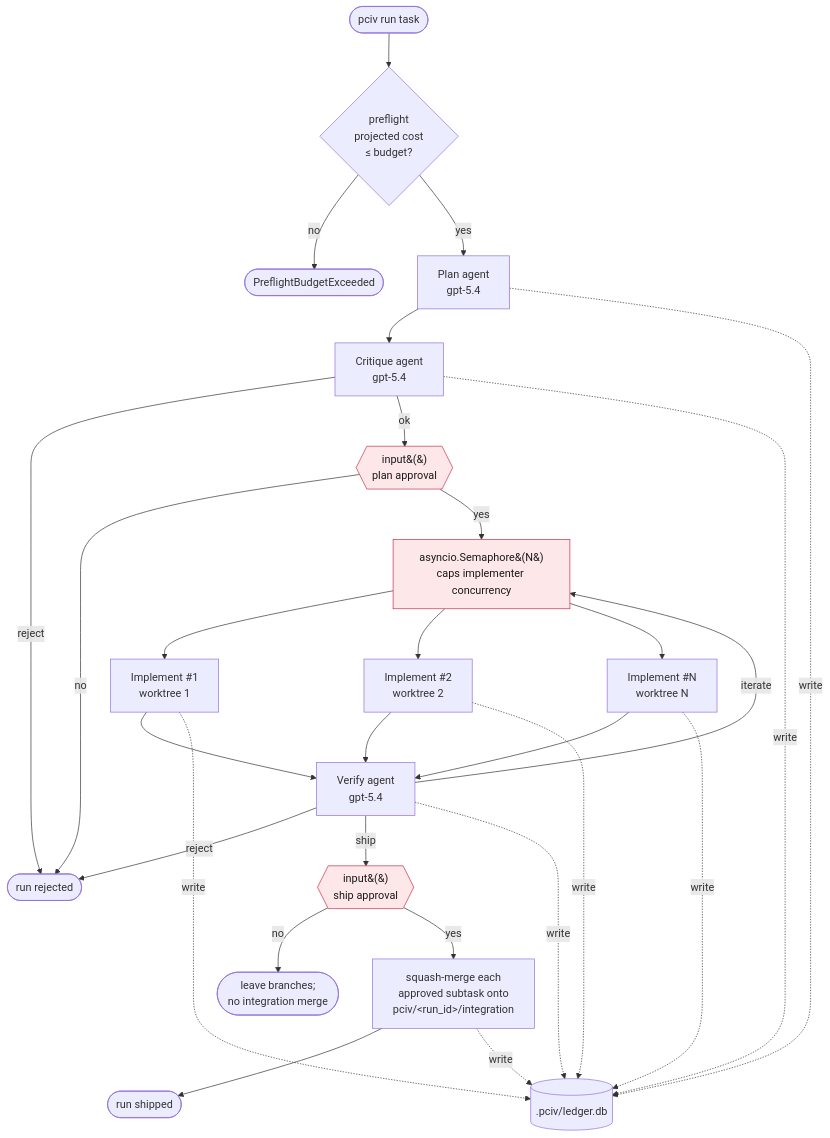
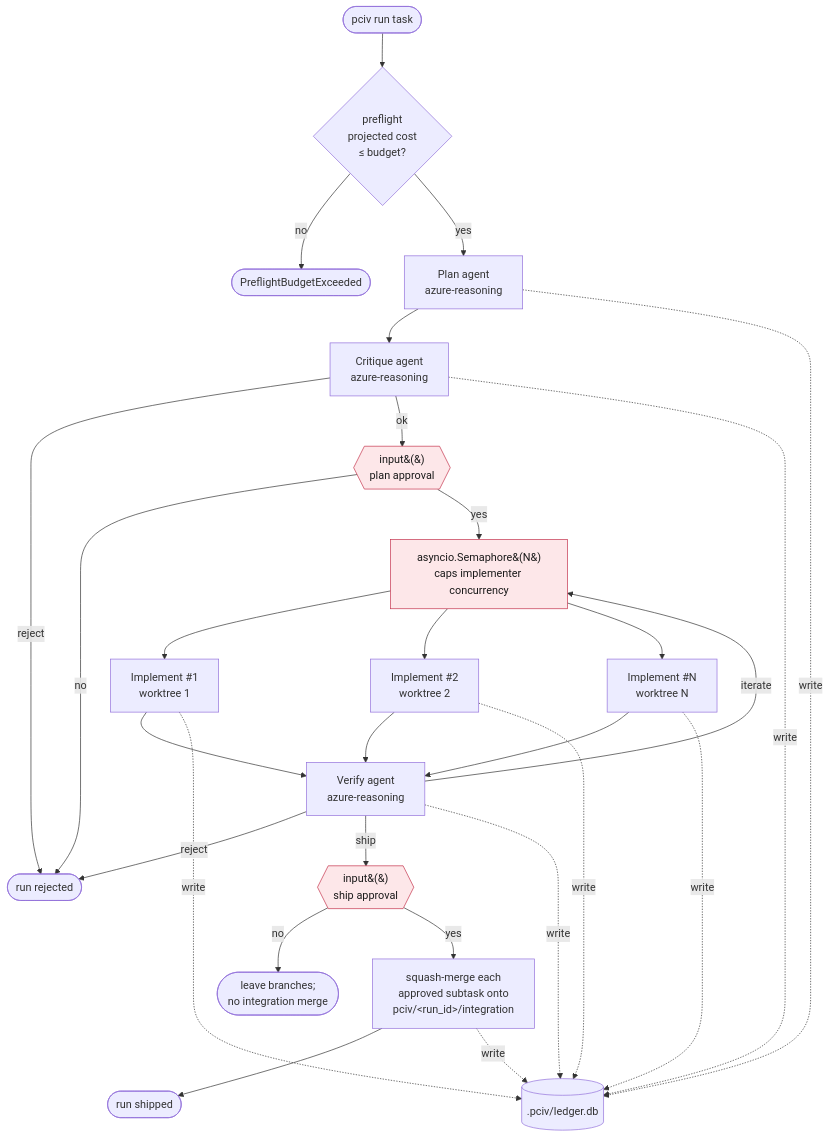
The first of 3 diagrams in docs/agent-framework-composition.md (patschmitt91/PCIV), drawn with Mermaid before and after one commit. The commit also changed 18 other files, not shown here.

````diff
--- a/docs/agent-framework-composition.md
+++ b/docs/agent-framework-composition.md
@@ -14,35 +14,35 @@
 ```mermaid
 flowchart TD
     Start([pciv run task]) --> Preflight{preflight<br/>projected cost<br/>&le; budget?}
     Preflight -- no --> Abort([PreflightBudgetExceeded])
-    Preflight -- yes --> Plan[Plan agent<br/>gpt-5.4]
-    Plan --> Critique[Critique agent<br/>gpt-5.4]
+    Preflight -- yes --> Plan[Plan agent<br/>azure-reasoning]
+    Plan --> Critique[Critique agent<br/>azure-reasoning]
     Critique -- reject --> Fail([run rejected])
     Critique -- ok --> HITL1{{input&#40;&#41;<br/>plan approval}}
     HITL1 -- no --> Fail
     HITL1 -- yes --> Sem[asyncio.Semaphore&#40;N&#41;<br/>caps implementer concurrency]
     Sem --> Imp1[Implement #1<br/>worktree 1]
     Sem --> Imp2[Implement #2<br/>worktree 2]
     Sem --> ImpN[Implement #N<br/>worktree N]
-    Imp1 --> Verify[Verify agent<br/>gpt-5.4]
+    Imp1 --> Verify[Verify agent<br/>azure-reasoning]
     Imp2 --> Verify
     ImpN --> Verify
     Verify -- iterate --> Sem
     Verify -- reject --> Fail
     Verify -- ship --> HITL2{{input&#40;&#41;<br/>ship approval}}
     HITL2 -- no --> Leave([leave branches;<br/>no integration merge])
     HITL2 -- yes --> Merge[squash-merge each<br/>approved subtask onto<br/>pciv/&lt;run_id&gt;/integration]
     Merge --> Done([run shipped])
 
     Ledger[(.pciv/ledger.db)]
     Plan -.write.-> Ledger
     Critique -.write.-> Ledger
     Imp1 -.write.-> Ledger
     Imp2 -.write.-> Ledger
     ImpN -.write.-> Ledger
     Verify -.write.-> Ledger
     Merge -.write.-> Ledger
 
     classDef problem fill:#fde7e9,stroke:#c4314b,color:#1a1a1a;
     class Sem,HITL1,HITL2 problem;
 ```
````
